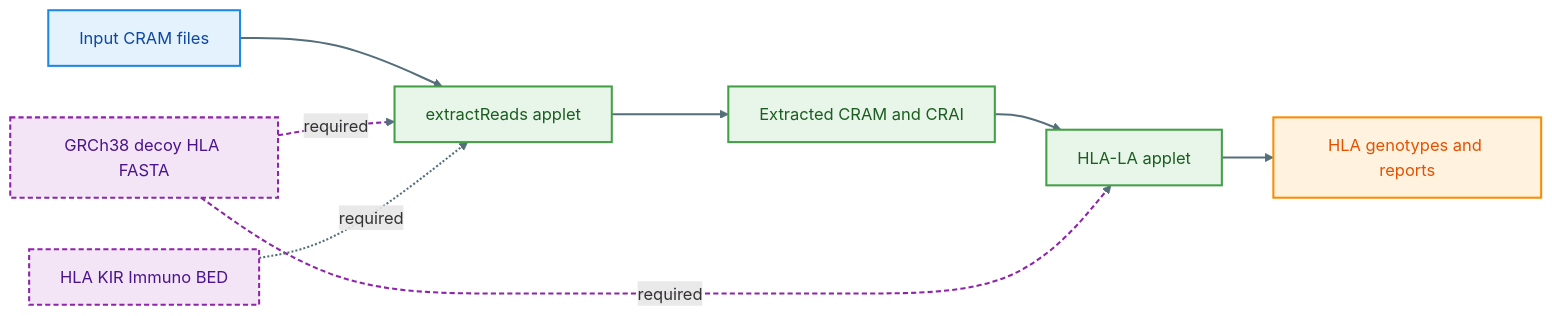
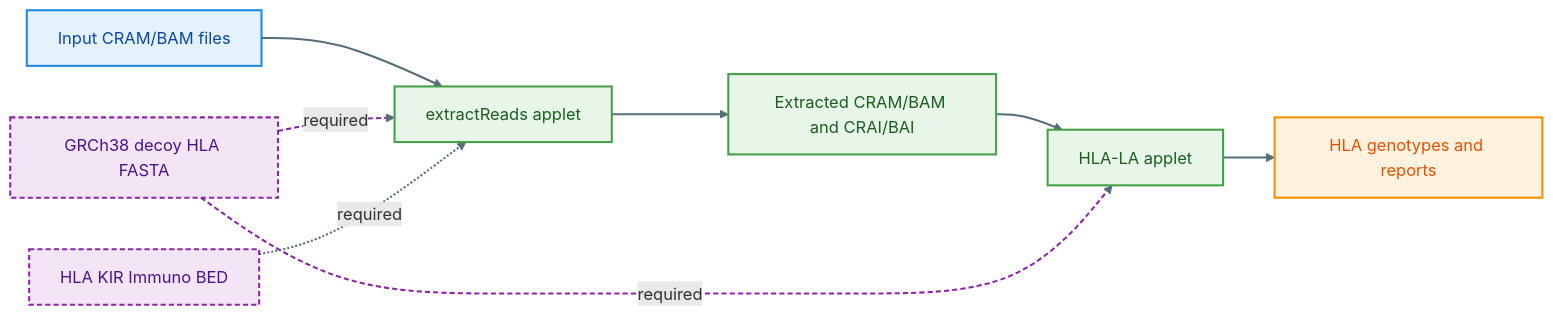
Before and after one commit to nanjalaruth/HLA-analysis-on-DNA-Nexus: the diagram in README.md, drawn with Mermaid. The commit also changed other lines of this file, not shown here.

````diff
--- a/README.md
+++ b/README.md
@@ -36,23 +39,23 @@
 ```mermaid
 flowchart LR
-  CRAM[Input CRAM files] --> EX[extractReads applet]
-  EX --> XCRAM[Extracted CRAM and CRAI]
+  CRAM[Input CRAM/BAM files] --> EX[extractReads applet]
+  EX --> XCRAM[Extracted CRAM/BAM and CRAI/BAI]
   XCRAM --> HLA[HLA-LA applet]
   HLA --> OUT[HLA genotypes and reports]
   REF[GRCh38 decoy HLA FASTA] -. required .-> EX
   REF -. required .-> HLA
   BED[HLA KIR Immuno BED] -. required .-> EX
 
   classDef inputNode fill:#E3F2FD,stroke:#1E88E5,stroke-width:2px,color:#0D47A1;
   classDef processNode fill:#E8F5E9,stroke:#43A047,stroke-width:2px,color:#1B5E20;
   classDef outputNode fill:#FFF3E0,stroke:#FB8C00,stroke-width:2px,color:#E65100;
   classDef refNode fill:#F3E5F5,stroke:#8E24AA,stroke-width:2px,color:#4A148C,stroke-dasharray: 5 3;
 
   class CRAM inputNode;
   class EX,XCRAM,HLA processNode;
   class OUT outputNode;
   class REF,BED refNode;
 
   linkStyle default stroke:#546E7A,stroke-width:2px;
   linkStyle 4,5 stroke:#8E24AA,stroke-dasharray: 5 3;
 ```
````
